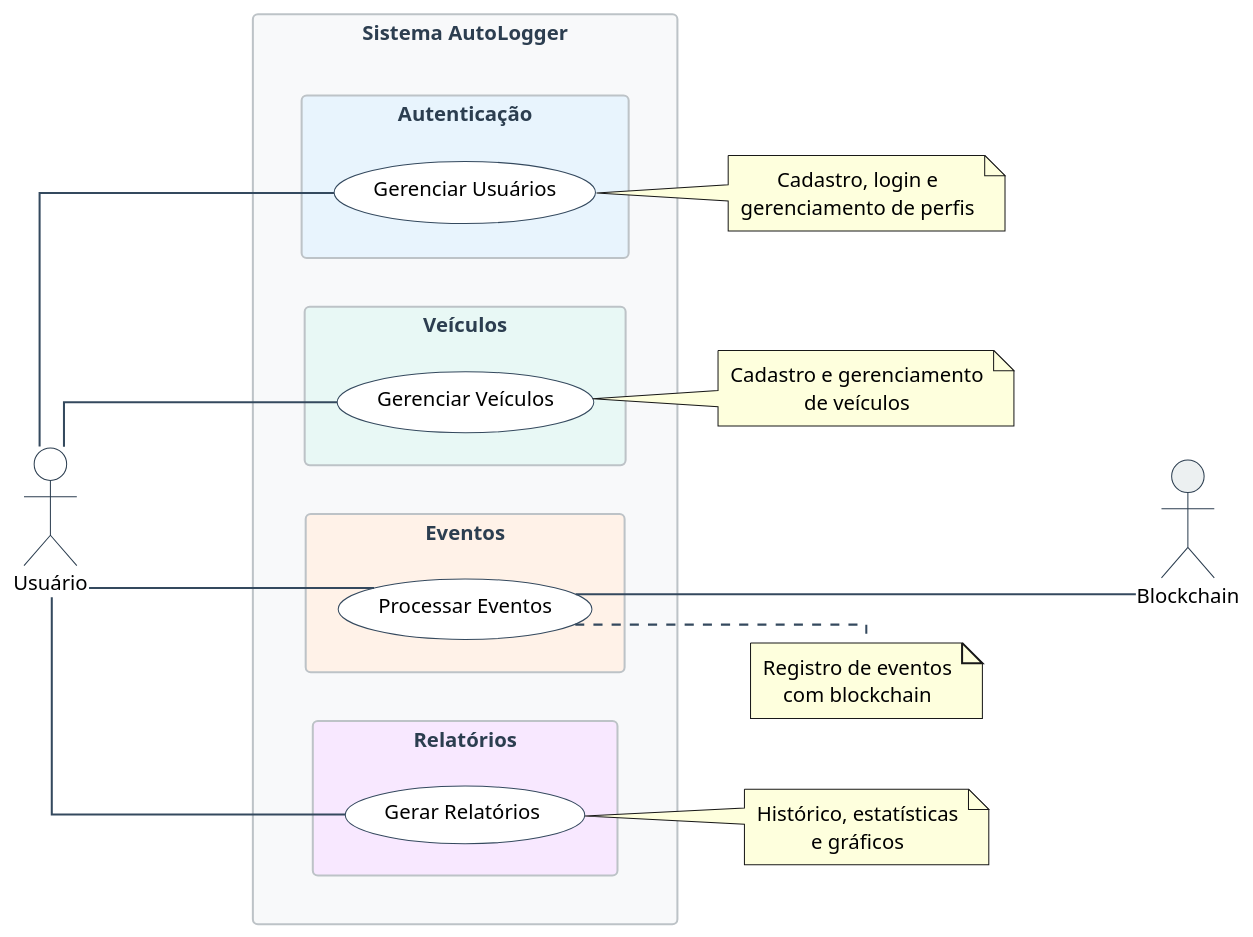
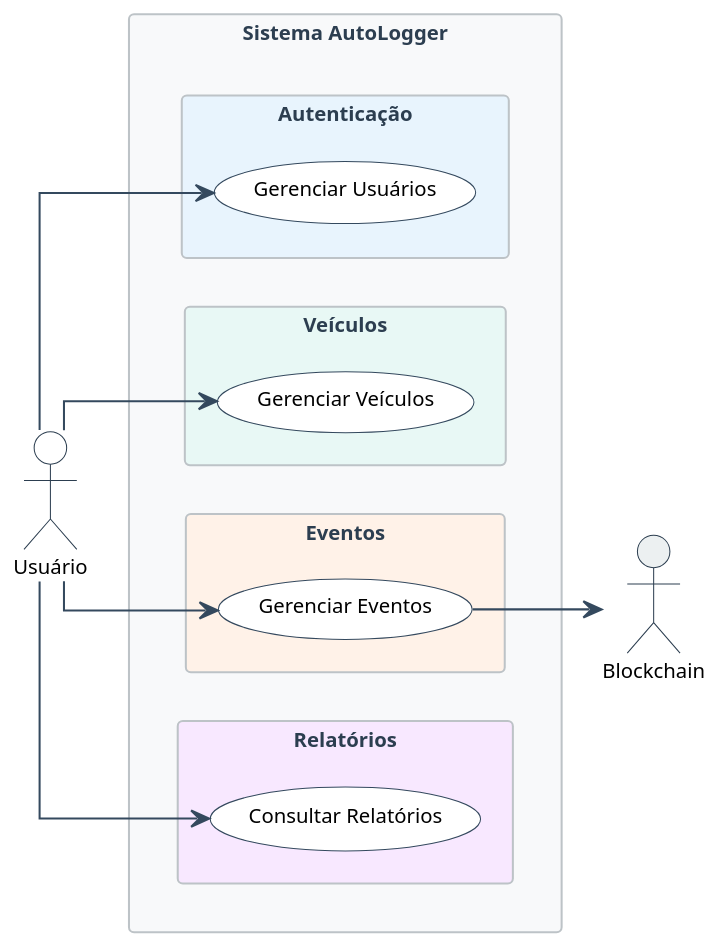
One commit to Pellegr1n1/autologger-services changed the diagram in docs/use_case_diagram/general_system.puml. Above: the diagram before and after it, drawn with PlantUML. The commit also changed 9 other files, not shown here.

Commit message:
use case diagram fix

```diff
--- a/docs/use_case_diagram/general_system.puml
+++ b/docs/use_case_diagram/general_system.puml
@@ -1,62 +1,57 @@
 @startuml general_system
 
 left to right direction
 
 skinparam {
     usecaseFontSize 12
     usecaseFontName "Segoe UI"
     usecaseBackgroundColor #FFFFFF
     usecaseBorderColor #34495E
     actorBackgroundColor #FFFFFF
     actorBorderColor #2C3E50
     actorFontName "Segoe UI"
     actorFontSize 12
     arrowColor #34495E
     rectangleBackgroundColor #F8F9FA
     rectangleBorderColor #BDC3C7
     rectangleFontColor #2C3E50
     rectangleFontName "Segoe UI"
     rectangleFontSize 13
     defaultTextAlignment center
     wrapWidth 200
     dpi 150
     shadowing false
     linetype ortho
     defaultFontName "Segoe UI"
     defaultFontSize 10
 }
 
 actor "Usuário" as User #FFFFFF
 actor "Blockchain" as Blockchain #ECF0F1
 
 rectangle "Sistema AutoLogger" #F8F9FA {
     rectangle "Autenticação" #E8F4FD {
         (Gerenciar Usuários) as AUTH
     }
     
     rectangle "Veículos" #E8F8F5 {
         (Gerenciar Veículos) as VEH
     }
     
     rectangle "Eventos" #FFF2E8 {
-        (Processar Eventos) as EVT
+        (Gerenciar Eventos) as EVT
     }
     
     rectangle "Relatórios" #F8E8FF {
-        (Gerar Relatórios) as REP
+        (Consultar Relatórios) as REP
     }
 }
 
-User --- AUTH
-User --- VEH
-User --- EVT
-User --- REP
+User --> AUTH
+User --> VEH
+User --> EVT 
+User --> REP
 
-EVT --- Blockchain
-
-note right of AUTH : Cadastro, login e\ngerenciamento de perfis
-note right of VEH : Cadastro e gerenciamento\nde veículos
-note right of EVT : Registro de eventos\ncom blockchain
-note right of REP : Histórico, estatísticas\ne gráficos
+EVT --> Blockchain
 
 @enduml
```
